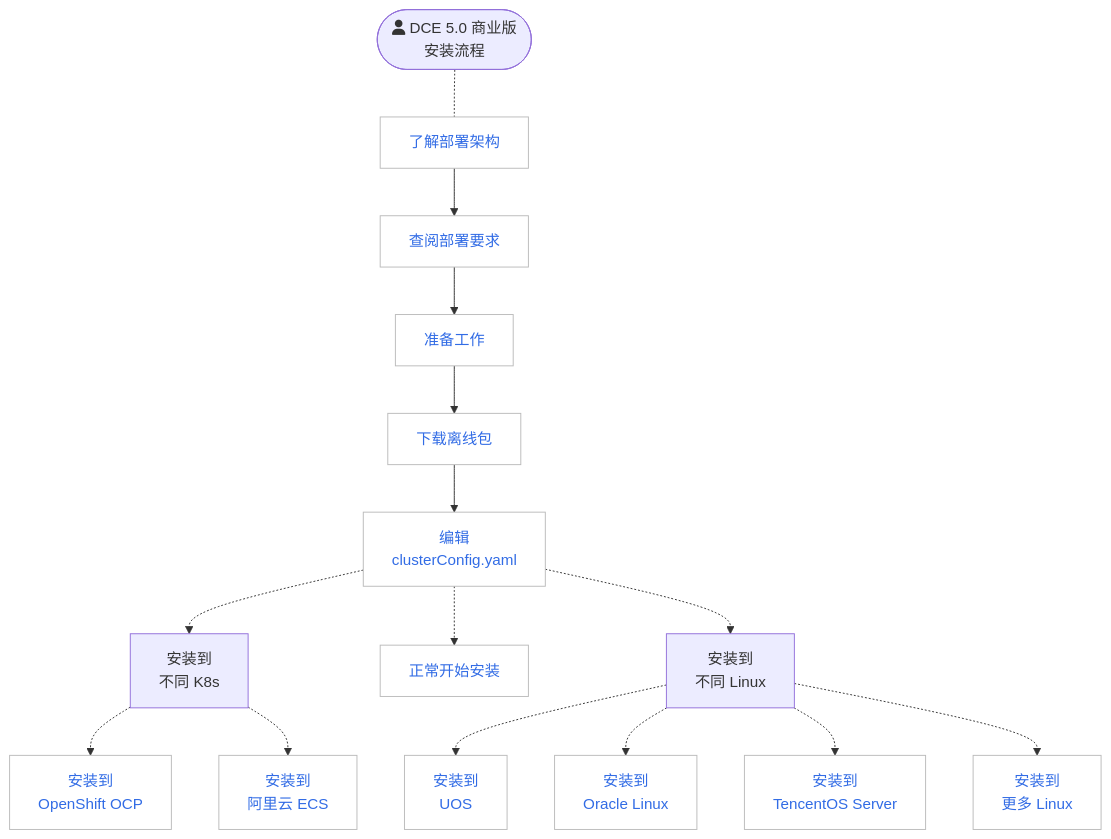
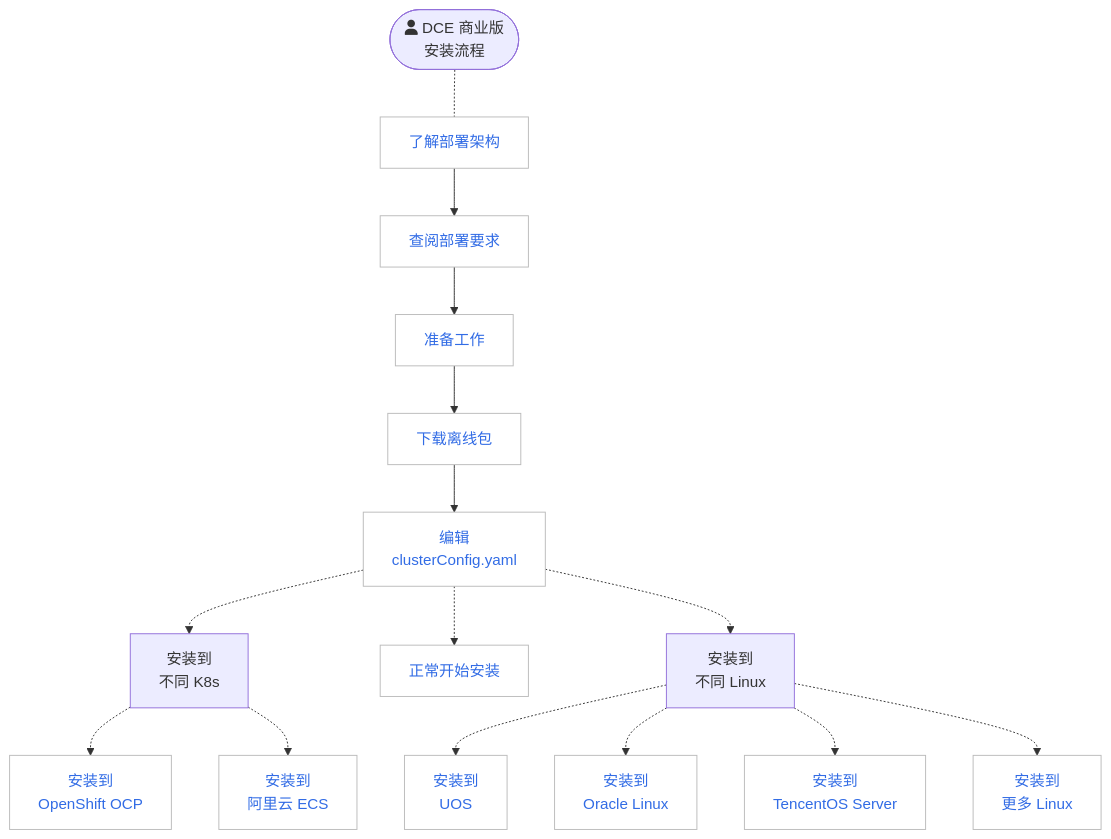
Before and after one commit to DaoCloud/DaoCloud-docs: the second of 2 diagrams in docs/zh/docs/install/index.md, drawn with Mermaid. The commit also changed other lines of this file and 433 other files, not shown here.

````diff
--- a/docs/zh/docs/install/index.md
+++ b/docs/zh/docs/install/index.md
@@ -114,44 +114,44 @@
 ```mermaid
 flowchart TB
 
-    start([fa:fa-user DCE 5.0 商业版<br>安装流程]) -.- arch[了解部署架构]
+    start([fa:fa-user DCE 商业版<br>安装流程]) -.- arch[了解部署架构]
     arch --> deploy[查阅部署要求]
     deploy --> prepare[准备工作]
     prepare --> download[下载离线包]
     download --> config[编辑<br>clusterConfig.yaml]
     
     config -.-> other-k8s[安装到<br>不同 K8s]
     config -.-> install[正常开始安装]
     config -.-> other-os[安装到<br>不同 Linux]
 
     other-k8s -.-> ocp[安装到<br>OpenShift OCP]
     other-k8s -.-> ali[安装到<br>阿里云 ECS]
 
     other-os -.-> uos[安装到<br>UOS]
     other-os -.-> oracle[安装到<br>Oracle Linux]
     other-os -.-> tencent[安装到<br>TencentOS Server]
     other-os -.-> other[安装到<br>更多 Linux]
 
 
 classDef grey fill:#dddddd,stroke:#ffffff,stroke-width:1px,color:#000000, font-size:15px;
 classDef white fill:#ffffff,stroke:#000,stroke-width:1px,color:#000,font-weight:bold
 classDef spacewhite fill:#ffffff,stroke:#fff,stroke-width:0px,color:#000
 classDef plain fill:#ddd,stroke:#fff,stroke-width:1px,color:#000;
 classDef k8s fill:#326ce5,stroke:#fff,stroke-width:1px,color:#fff;
 classDef cluster fill:#fff,stroke:#bbb,stroke-width:1px,color:#326ce5;
 
 class arch,deploy,prepare,download,config,install,ocp,ali,uos,oracle,tencent,other cluster
 
 click arch "https://docs.daocloud.io/install/commercial/deploy-arch.html"
 click deploy "https://docs.daocloud.io/install/commercial/deploy-requirements.html"
 click prepare "https://docs.daocloud.io/install/commercial/prepare.html"
 click download "https://docs.daocloud.io/install/commercial/start-install.html#1"
 click config "https://docs.daocloud.io/install/commercial/start-install.html#2-clusterconfigyaml"
 click install "https://docs.daocloud.io/install/commercial/start-install.html#3"
 click ocp "https://docs.daocloud.io/install/k8s-install/ocp-install-dce5.0.html"
 click ali "https://docs.daocloud.io/install/k8s-install/ecs-install-dce5.0.html"
 click uos "https://docs.daocloud.io/install/os-install/uos-v20-install-dce5.0.html"
 click oracle "https://docs.daocloud.io/install/os-install/oracleLinux-install-dce5.0.html"
 click tencent "https://docs.daocloud.io/install/os-install/TencentOS-install-dce5.0.html"
 click other "https://docs.daocloud.io/install/os-install/otherlinux.html"
 ```
````
